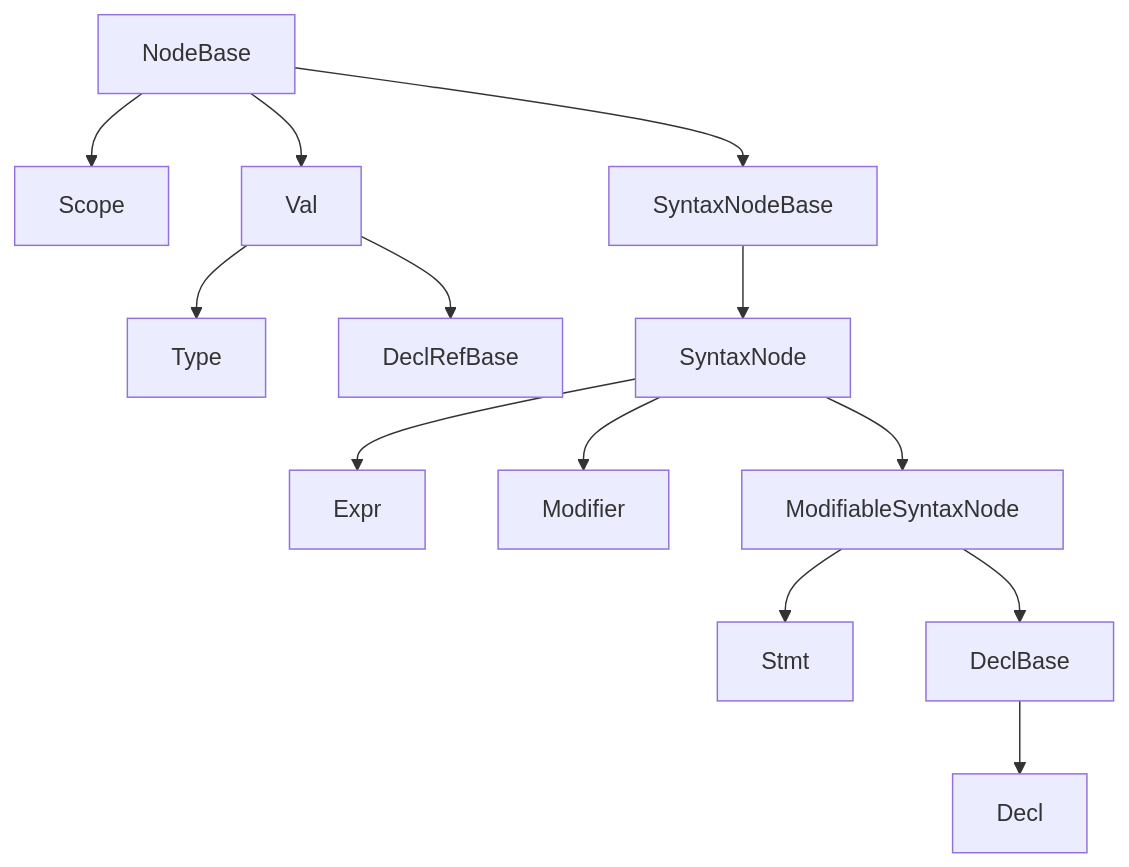
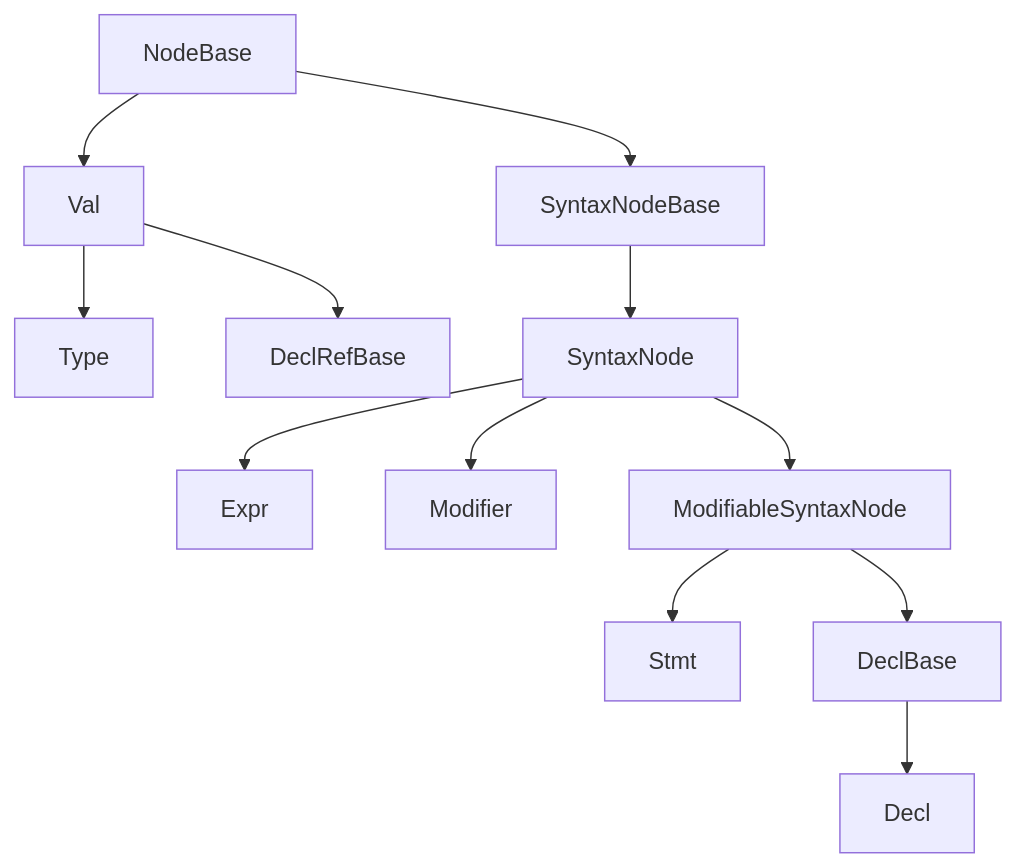
Before and after one commit to shader-slang/slang: the diagram in docs/llm-generated/ast-reference/base.md, drawn with Mermaid. The commit also changed 93 other files, not shown here.

````diff
--- a/docs/llm-generated/ast-reference/base.md
+++ b/docs/llm-generated/ast-reference/base.md
@@ -42,16 +42,15 @@
 ```mermaid
 flowchart TD
   NodeBase
-  NodeBase --> Scope
   NodeBase --> SyntaxNodeBase
   NodeBase --> Val
   Val --> Type
   Val --> DeclRefBase
   SyntaxNodeBase --> SyntaxNode
   SyntaxNode --> Expr
   SyntaxNode --> Modifier
   SyntaxNode --> ModifiableSyntaxNode
   ModifiableSyntaxNode --> Stmt
   ModifiableSyntaxNode --> DeclBase
   DeclBase --> Decl
 ```
````
